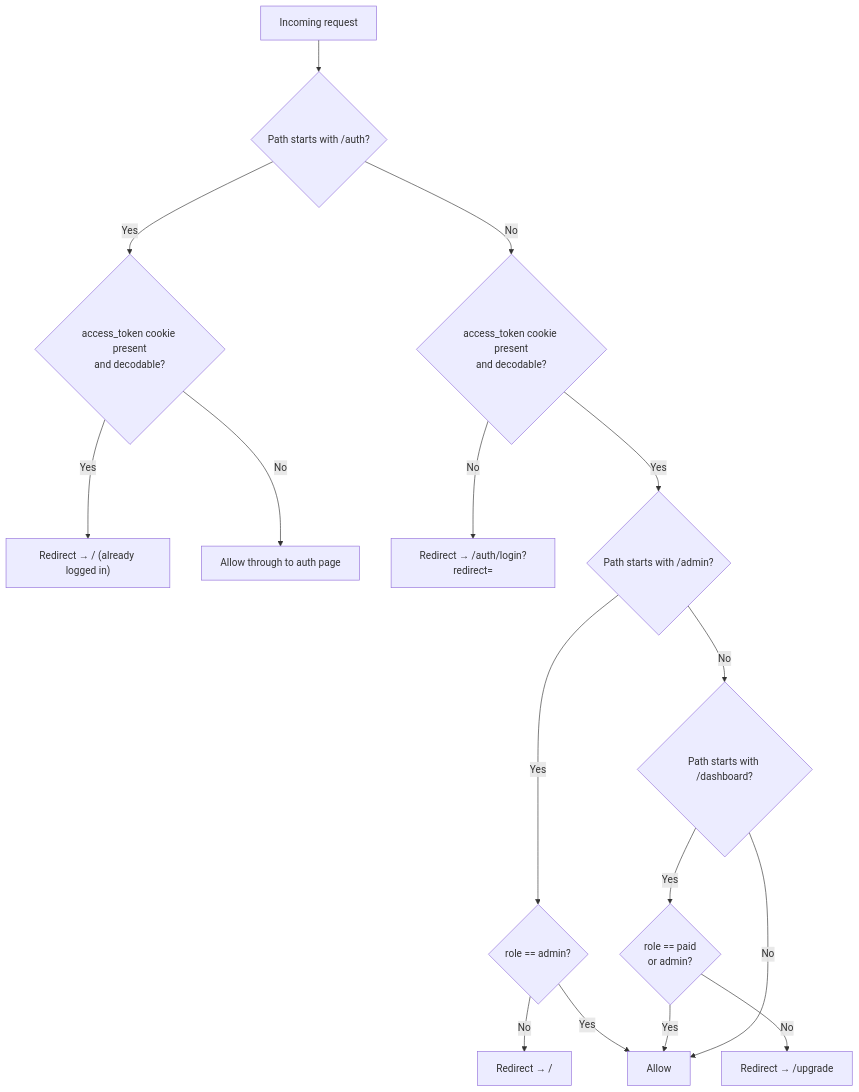
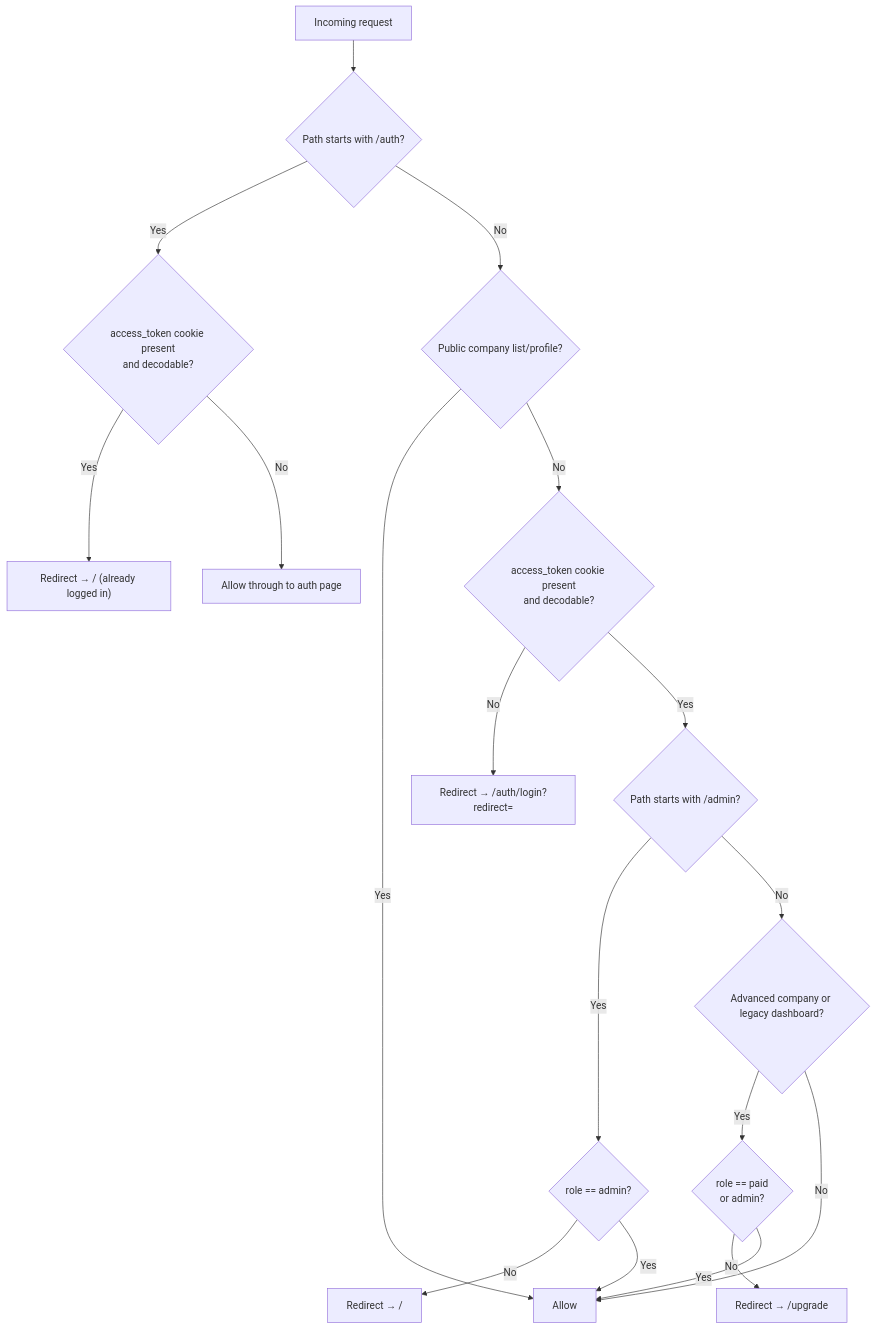
One commit to ONGKOKRHUI/financial-insights changed the diagram in docs/frontend/routing.md. Above: the diagram before and after it, drawn with Mermaid. The commit also changed other lines of this file and 51 other files, not shown here.

````diff
--- a/docs/frontend/routing.md
+++ b/docs/frontend/routing.md
@@ -57,18 +58,20 @@
 ```mermaid
 flowchart TD
     A[Incoming request] --> B{Path starts with /auth?}
     B -- Yes --> C{access_token cookie present\nand decodable?}
     C -- Yes --> D["Redirect → / (already logged in)"]
     C -- No --> E[Allow through to auth page]
-    B -- No --> F{access_token cookie present\nand decodable?}
+    B -- No --> P{Public company list/profile?}
+    P -- Yes --> K[Allow]
+    P -- No --> F{access_token cookie present\nand decodable?}
     F -- No --> G["Redirect → /auth/login?redirect=<path>"]
     F -- Yes --> H{Path starts with /admin?}
     H -- Yes --> I{role == admin?}
     I -- No --> J["Redirect → /"]
     I -- Yes --> K[Allow]
-    H -- No --> L{Path starts with /dashboard?}
+    H -- No --> L{Advanced company or legacy dashboard?}
     L -- Yes --> M{"role == paid\nor admin?"}
     M -- No --> N["Redirect → /upgrade"]
     M -- Yes --> K
     L -- No --> K
 ```
````
